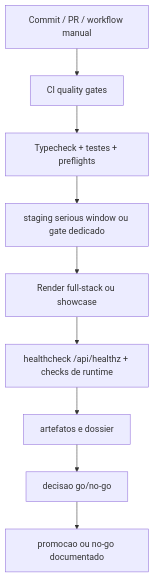
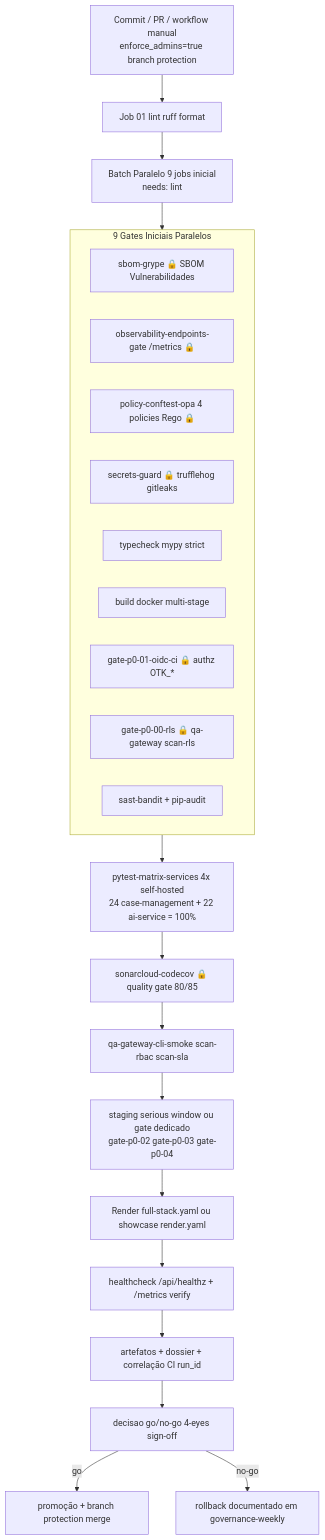
Before and after one commit to Jistriane/Ontrackchain: the ninth of 12 diagrams in README.md, drawn with Mermaid. The commit also changed other lines of this file and 4 other files, not shown here.

````diff
--- a/README.md
+++ b/README.md
@@ -273,11 +389,27 @@
 ```mermaid
 flowchart TD
-    A["Commit / PR / workflow manual"] --> B["CI quality gates"]
-    B --> C["Typecheck + testes + preflights"]
-    C --> D["staging serious window ou gate dedicado"]
-    D --> E["Render full-stack ou showcase"]
-    E --> F["healthcheck /api/healthz + checks de runtime"]
-    F --> G["artefatos e dossier"]
-    G --> H["decisao go/no-go"]
-    H --> I["promocao ou no-go documentado"]
+    A[Commit / PR / workflow manual\nenforce_admins=true branch protection] --> B[Job 01 lint ruff format]
+    B --> C[Batch Paralelo 9 jobs inicial\nneeds: lint]
+    subgraph P_BATCH[9 Gates Iniciais Paralelos]
+      C1[sbom-grype 🔒 SBOM Vulnerabilidades]
+      C2[observability-endpoints-gate /metrics 🔒]
+      C3[policy-conftest-opa 4 policies Rego 🔒]
+      C4[secrets-guard 🔒 trufflehog gitleaks]
+      C5[typecheck mypy strict]
+      C6[build docker multi-stage]
+      C7[gate-p0-01-oidc-ci 🔒 authz OTK_*]
+      C8[gate-p0-00-rls 🔒 qa-gateway scan-rls]
+      C9[sast-bandit + pip-audit]
+    end
+    C --> P_BATCH
+    P_BATCH --> D[pytest-matrix-services 4x self-hosted\n24 case-management + 22 ai-service = 100%]
+    D --> E[sonarcloud-codecov 🔒 quality gate 80/85]
+    E --> F[qa-gateway-cli-smoke scan-rbac scan-sla]
+    F --> G[staging serious window ou gate dedicado\ngate-p0-02 gate-p0-03 gate-p0-04]
+    G --> H[Render full-stack.yaml ou showcase render.yaml]
+    H --> I[healthcheck /api/healthz + /metrics verify]
+    I --> J[artefatos + dossier + correlação CI run_id]
+    J --> K[decisao go/no-go 4-eyes sign-off]
+    K -->|go| L[promoção + branch protection merge]
+    K -->|no-go| M[rollback documentado em governance-weekly]
 ```
````
